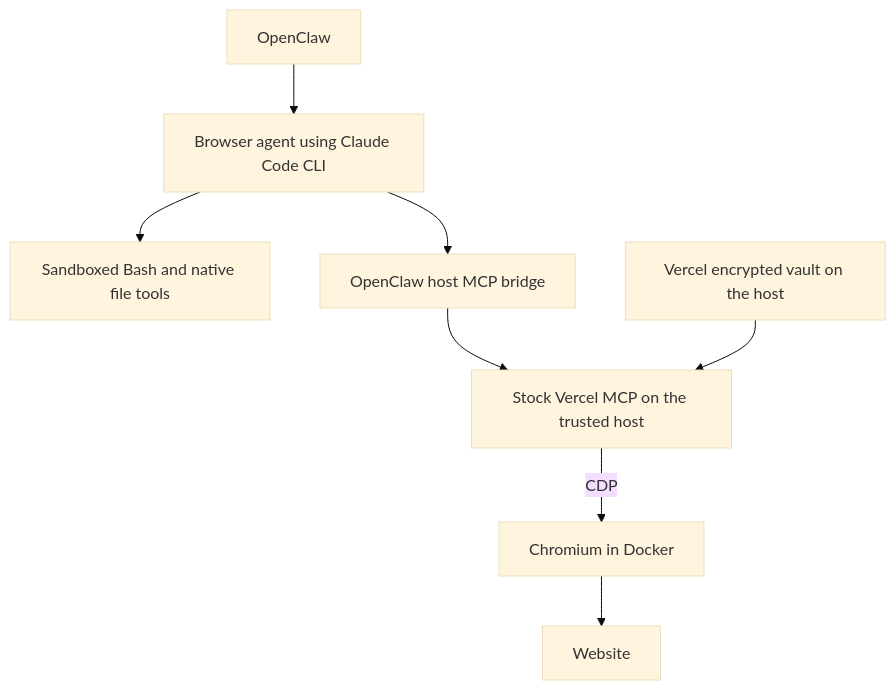
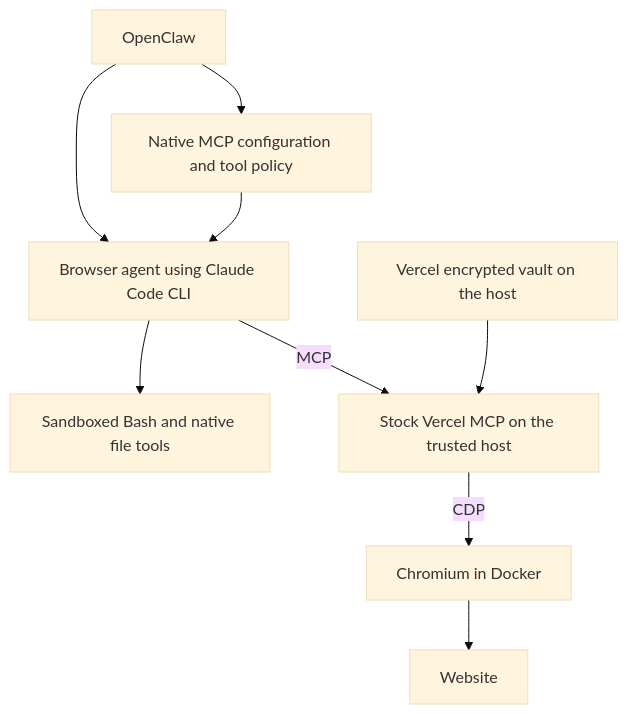
Before and after one commit to coletaylor788/puddles: the diagram in docs/plans/vercel-browser-authentication.md, drawn with Mermaid (base theme). The commit also changed other lines of this file, not shown here.

Commit message:
Clarify native MCP routing and proposed permission scope

````diff
--- a/docs/plans/vercel-browser-authentication.md
+++ b/docs/plans/vercel-browser-authentication.md
@@ -15,10 +15,11 @@
 ```mermaid
 graph TD
     A["OpenClaw"] --> B["Browser agent using Claude Code CLI"]
     B --> C["Sandboxed Bash and native file tools"]
-    B --> G["OpenClaw host MCP bridge"]
-    G --> D["Stock Vercel MCP on the trusted host"]
+    A --> G["Native MCP configuration and tool policy"]
+    G --> B
+    B -->|"MCP"| D["Stock Vercel MCP on the trusted host"]
     V["Vercel encrypted vault on the host"] --> D
     D -->|"CDP"| E["Chromium in Docker"]
     E --> F["Website"]
 ```
````
